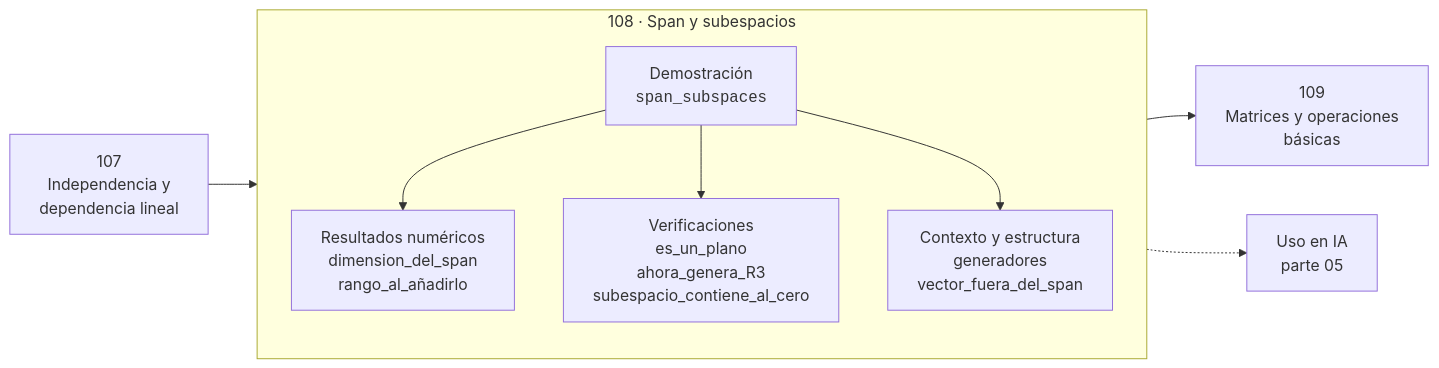
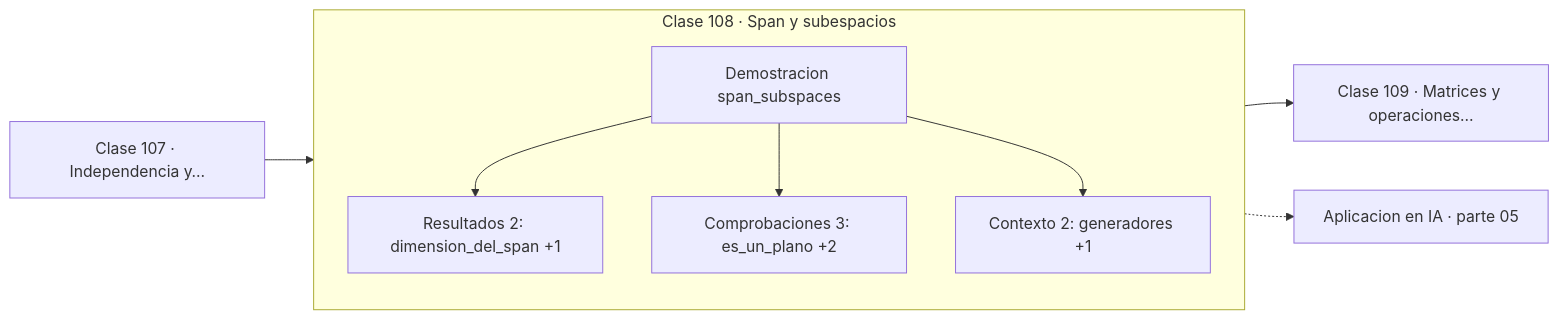
One commit to vladimiracunadev-create/computational-mathematics-program changed the diagram in classes/part-05-algebra-lineal-i-vectores-y-matrices/108-span-y-subespacios/README.md. Above: the diagram before and after it, drawn with Mermaid. The commit also changed 389 other files, not shown here.

First line of the commit message:
fix(diagramas): elimina el HTML de las etiquetas Mermaid

````diff
--- a/classes/part-05-algebra-lineal-i-vectores-y-matrices/108-span-y-subespacios/README.md
+++ b/classes/part-05-algebra-lineal-i-vectores-y-matrices/108-span-y-subespacios/README.md
@@ -30,12 +30,13 @@
 ```mermaid
 flowchart LR
-    P["107<br/>Independencia y<br/>dependencia lineal"] --> C
-    subgraph C["108 · Span y subespacios"]
+    P["Clase 107 · Independencia y…"] --> D
+    subgraph CLASE["Clase 108 · Span y subespacios"]
         direction TB
-        D["Demostración<br/><code>span_subspaces</code>"] --> R["Resultados numéricos<br/>dimension_del_span<br/>rango_al_añadirlo"]
-        D --> V["Verificaciones<br/>es_un_plano<br/>ahora_genera_R3<br/>subespacio_contiene_al_cero"]
-        D --> O["Contexto y estructura<br/>generadores<br/>vector_fuera_del_span"]
+        D["Demostracion span_subspaces"]
+        D --> R["Resultados 2: dimension_del_span +1"]
+        D --> V["Comprobaciones 3: es_un_plano +2"]
+        D --> O["Contexto 2: generadores +1"]
     end
-    C --> N["109<br/>Matrices y operaciones<br/>básicas"]
-    C -.-> IA["Uso en IA<br/>parte 05"]
+    R --> N["Clase 109 · Matrices y operaciones…"]
+    V -.-> IA["Aplicacion en IA · parte 05"]
 ```
````
